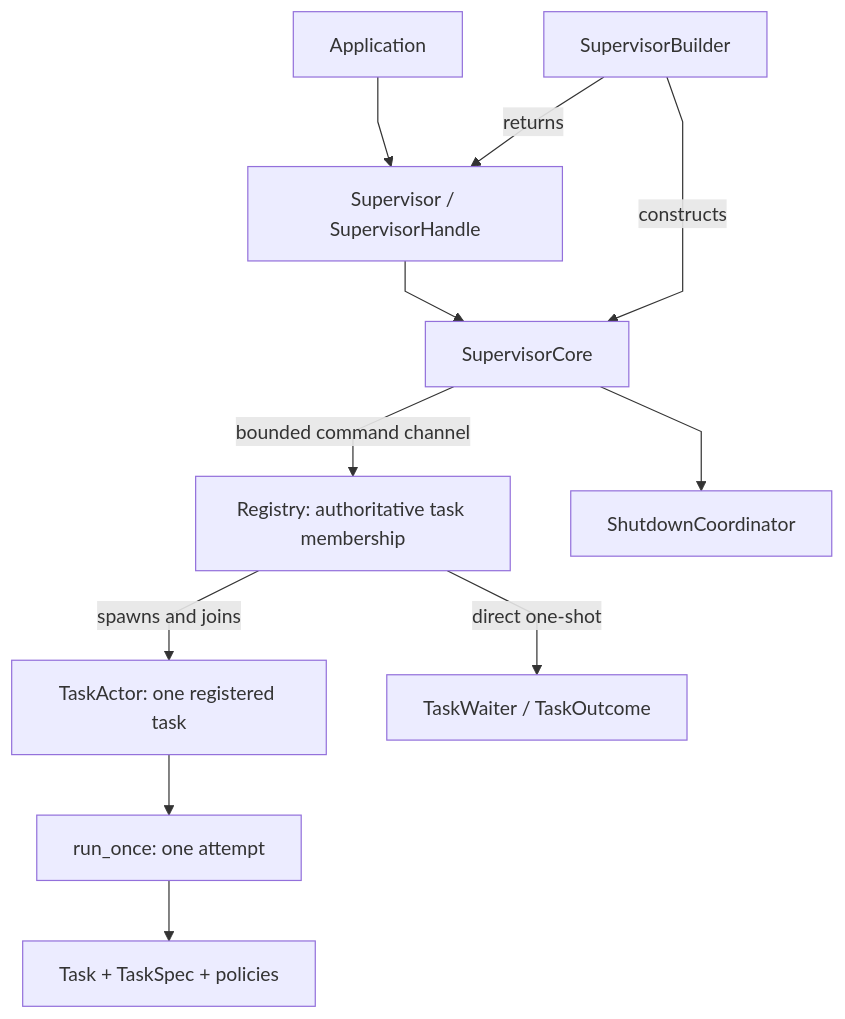
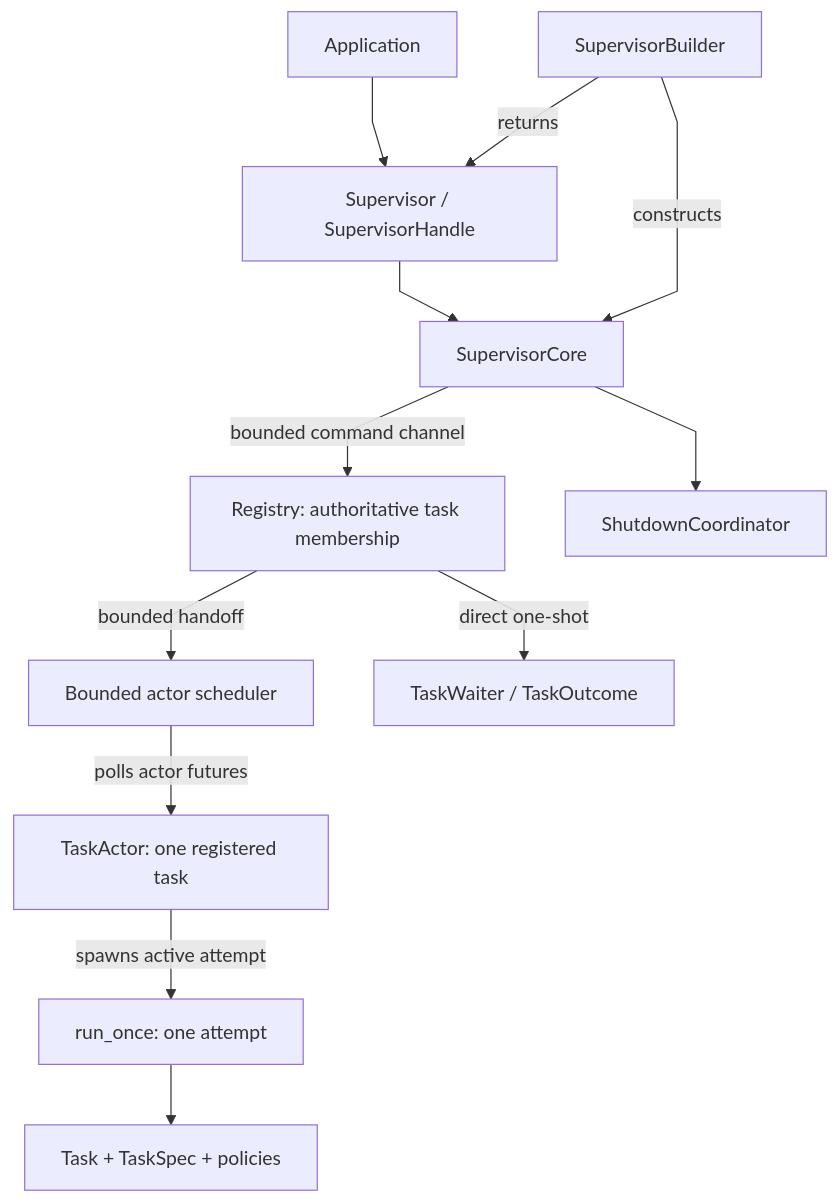
Before and after one commit to soltiHQ/taskvisor: the first of 10 diagrams in src/ARCHITECTURE.md, drawn with Mermaid. The commit also changed other lines of this file and 40 other files, not shown here.

````diff
--- a/src/ARCHITECTURE.md
+++ b/src/ARCHITECTURE.md
@@ -35,25 +35,27 @@
 ```mermaid
 %%{init: {"flowchart": {"curve": "linear"}}}%%
 flowchart TB
     App["Application"]
     Builder["SupervisorBuilder"]
     Supervisor["Supervisor / SupervisorHandle"]
     Core["SupervisorCore"]
     Registry["Registry: authoritative task membership"]
+    Scheduler["Bounded actor scheduler"]
     Actor["TaskActor: one registered task"]
     Runner["run_once: one attempt"]
     Task["Task + TaskSpec + policies"]
     Shutdown["ShutdownCoordinator"]
     Waiter["TaskWaiter / TaskOutcome"]
 
     App --> Supervisor
     Builder -->|returns| Supervisor
     Supervisor --> Core
     Builder -->|constructs| Core
     Core -->|bounded command channel| Registry
-    Registry -->|spawns and joins| Actor
-    Actor --> Runner
+    Registry -->|bounded handoff| Scheduler
+    Scheduler -->|polls actor futures| Actor
+    Actor -->|spawns active attempt| Runner
     Runner --> Task
     Core --> Shutdown
     Registry -->|direct one-shot| Waiter
 ```
````
